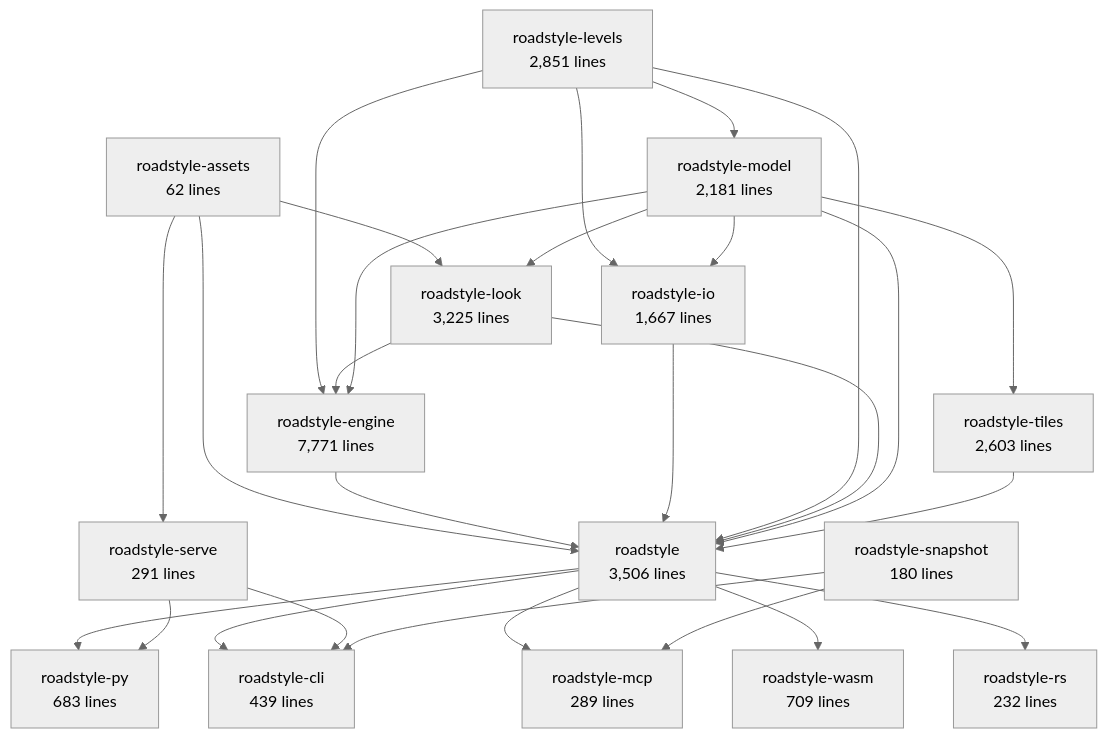
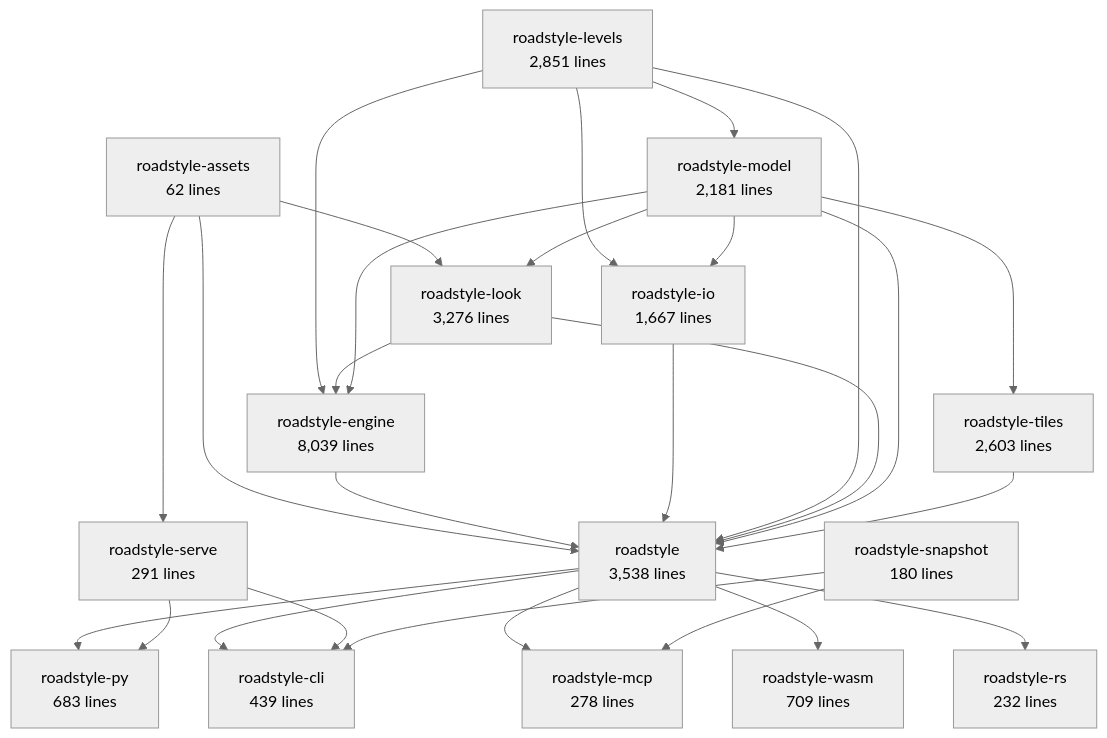
Before and after one commit to Khoshkhah/roadstyle: the second of 6 diagrams in docs/rust/architecture.md, drawn with Mermaid (neutral theme). The commit also changed other lines of this file and 16 other files, not shown here.

````diff
--- a/docs/rust/architecture.md
+++ b/docs/rust/architecture.md
@@ -70,44 +70,44 @@
 ```mermaid
 flowchart TB
     roadstyle_assets["roadstyle-assets<br/>62 lines"]
     roadstyle_model["roadstyle-model<br/>2,181 lines"]
-    roadstyle_look["roadstyle-look<br/>3,225 lines"]
+    roadstyle_look["roadstyle-look<br/>3,276 lines"]
     roadstyle_io["roadstyle-io<br/>1,667 lines"]
     roadstyle_levels["roadstyle-levels<br/>2,851 lines"]
-    roadstyle_engine["roadstyle-engine<br/>7,771 lines"]
+    roadstyle_engine["roadstyle-engine<br/>8,039 lines"]
     roadstyle_tiles["roadstyle-tiles<br/>2,603 lines"]
-    roadstyle["roadstyle<br/>3,506 lines"]
+    roadstyle["roadstyle<br/>3,538 lines"]
     roadstyle_rs["roadstyle-rs<br/>232 lines"]
     roadstyle_wasm["roadstyle-wasm<br/>709 lines"]
     roadstyle_py["roadstyle-py<br/>683 lines"]
     roadstyle_cli["roadstyle-cli<br/>439 lines"]
-    roadstyle_mcp["roadstyle-mcp<br/>289 lines"]
+    roadstyle_mcp["roadstyle-mcp<br/>278 lines"]
     roadstyle_serve["roadstyle-serve<br/>291 lines"]
     roadstyle_snapshot["roadstyle-snapshot<br/>180 lines"]
     roadstyle_levels --> roadstyle_model
     roadstyle_assets --> roadstyle_look
     roadstyle_model --> roadstyle_look
     roadstyle_levels --> roadstyle_io
     roadstyle_model --> roadstyle_io
     roadstyle_levels --> roadstyle_engine
     roadstyle_look --> roadstyle_engine
     roadstyle_model --> roadstyle_engine
     roadstyle_model --> roadstyle_tiles
     roadstyle_assets --> roadstyle
     roadstyle_engine --> roadstyle
     roadstyle_io --> roadstyle
     roadstyle_levels --> roadstyle
     roadstyle_look --> roadstyle
     roadstyle_model --> roadstyle
     roadstyle_tiles --> roadstyle
     roadstyle --> roadstyle_rs
     roadstyle --> roadstyle_wasm
     roadstyle --> roadstyle_py
     roadstyle_serve --> roadstyle_py
     roadstyle --> roadstyle_cli
     roadstyle_serve --> roadstyle_cli
     roadstyle_snapshot --> roadstyle_cli
     roadstyle --> roadstyle_mcp
     roadstyle_snapshot --> roadstyle_mcp
     roadstyle_assets --> roadstyle_serve
 ```
````
